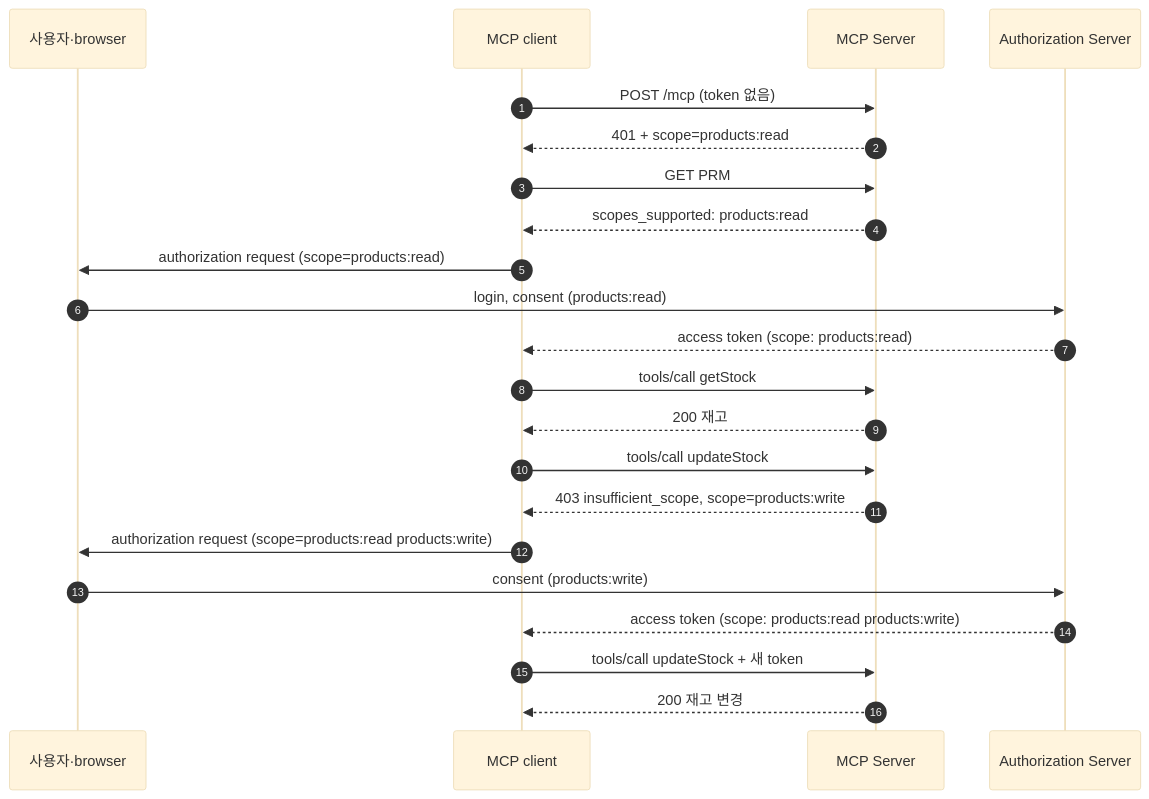
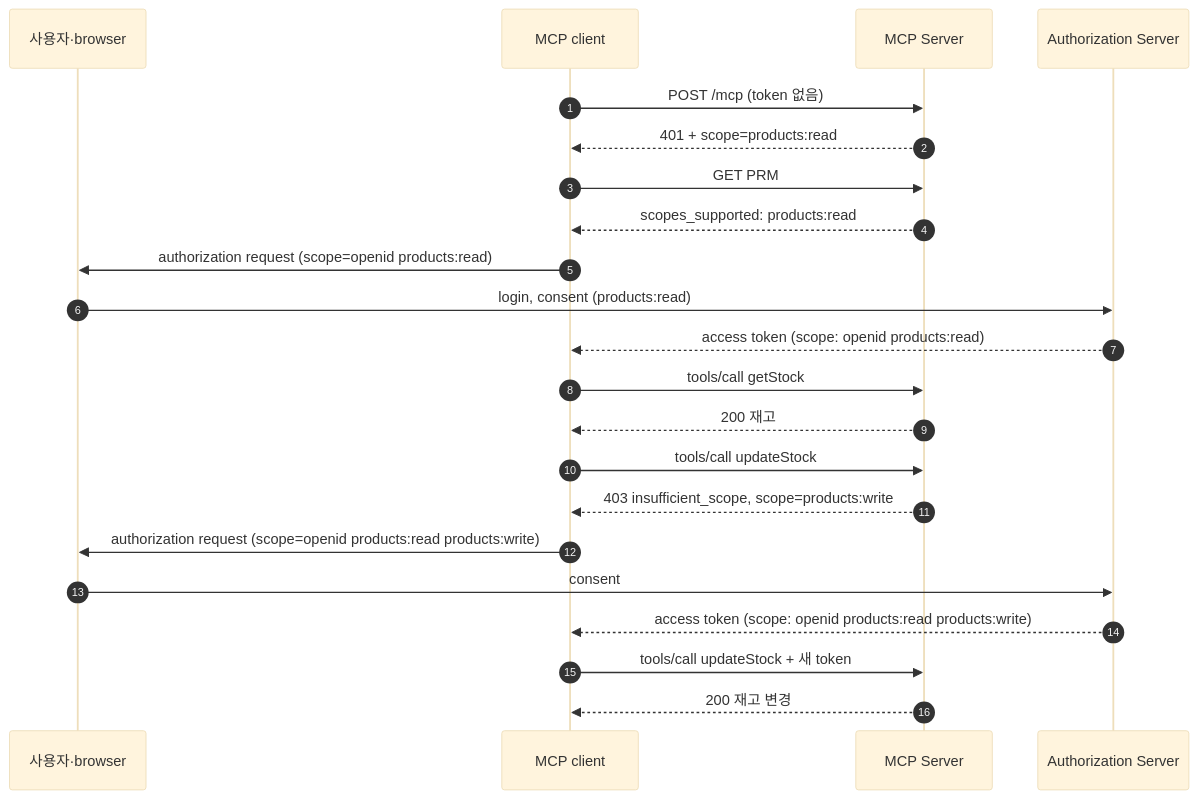
One commit to starryeye/spring-ai changed the first of 2 diagrams in practice/mcp-guide/10-scope-and-step-up.md. Above: the diagram before and after it, drawn with Mermaid (base theme). The commit also changed other lines of this file and 2 other files, not shown here.

````diff
--- a/practice/mcp-guide/10-scope-and-step-up.md
+++ b/practice/mcp-guide/10-scope-and-step-up.md
@@ -48,24 +48,24 @@
 ```mermaid
 sequenceDiagram
     autonumber
     participant B as 사용자·browser
     participant C as MCP client
     participant M as MCP Server
     participant A as Authorization Server
     C->>M: POST /mcp (token 없음)
     M-->>C: 401 + scope=products:read
     C->>M: GET PRM
     M-->>C: scopes_supported: products:read
-    C->>B: authorization request (scope=products:read)
+    C->>B: authorization request (scope=openid products:read)
     B->>A: login, consent (products:read)
-    A-->>C: access token (scope: products:read)
+    A-->>C: access token (scope: openid products:read)
     C->>M: tools/call getStock
     M-->>C: 200 재고
     C->>M: tools/call updateStock
     M-->>C: 403 insufficient_scope, scope=products:write
-    C->>B: authorization request (scope=products:read products:write)
-    B->>A: consent (products:write)
-    A-->>C: access token (scope: products:read products:write)
+    C->>B: authorization request (scope=openid products:read products:write)
+    B->>A: consent
+    A-->>C: access token (scope: openid products:read products:write)
     C->>M: tools/call updateStock + 새 token
     M-->>C: 200 재고 변경
 ```
````
